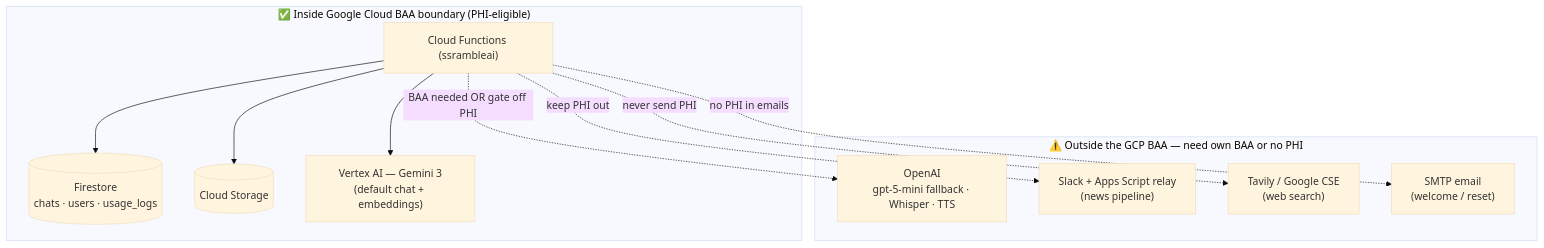
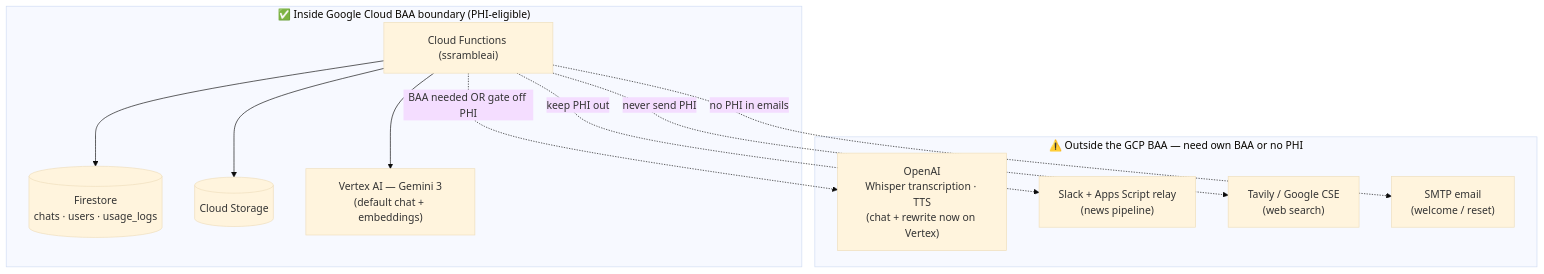
Diagram 14 of 14 in docs/ARCHITECTURE.md (Havs5/Amble-AI), drawn with Mermaid (base theme) before and after one commit. The commit also changed other lines of this file and 4 other files, not shown here.

First line of the commit message:
feat(hipaa): rewrite->Vertex, hide OpenAI from model picker; doc audio API blocker

````diff
--- a/docs/ARCHITECTURE.md
+++ b/docs/ARCHITECTURE.md
@@ -553,20 +553,20 @@
 ```mermaid
 flowchart TD
     subgraph Covered["✅ Inside Google Cloud BAA boundary (PHI-eligible)"]
         FS[("Firestore<br/>chats · users · usage_logs")]
         ST[("Cloud Storage")]
         FN["Cloud Functions (ssrambleai)"]
         VTX["Vertex AI — Gemini 3<br/>(default chat + embeddings)"]
     end
     subgraph External["⚠️ Outside the GCP BAA — need own BAA or no PHI"]
-        OAI["OpenAI<br/>gpt-5-mini fallback · Whisper · TTS"]
+        OAI["OpenAI<br/>Whisper transcription · TTS<br/>(chat + rewrite now on Vertex)"]
         SLK["Slack + Apps Script relay<br/>(news pipeline)"]
         WEB["Tavily / Google CSE<br/>(web search)"]
         SMTP["SMTP email<br/>(welcome / reset)"]
     end
     FN --> FS & ST & VTX
     FN -.->|BAA needed OR gate off PHI| OAI
     FN -.->|keep PHI out| SLK
     FN -.->|never send PHI| WEB
     FN -.->|no PHI in emails| SMTP
 ```
````
